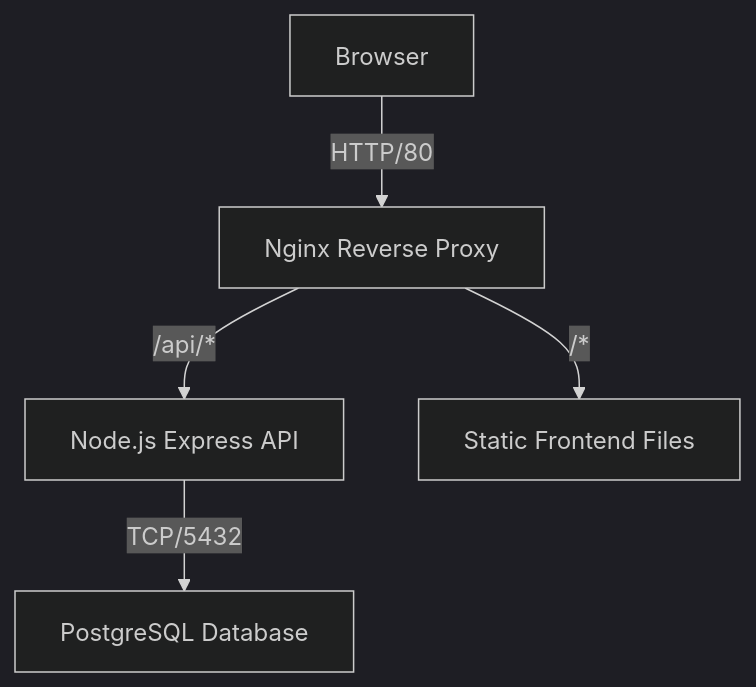
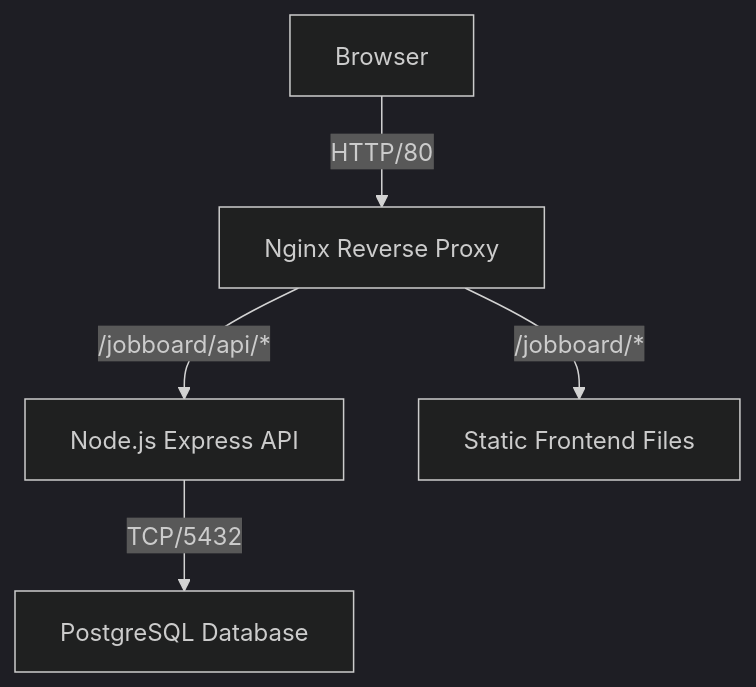
The diagram in DESIGN.md (pachocamacho1990/personal-job-board), drawn with Mermaid (dark theme) before and after one commit. The commit also changed other lines of this file and 4 other files, not shown here.

````diff
--- a/DESIGN.md
+++ b/DESIGN.md
@@ -7,7 +7,7 @@
 ```mermaid
 graph TD
     Client[Browser] -->|HTTP/80| Nginx[Nginx Reverse Proxy]
-    Nginx -->|/api/*| API[Node.js Express API]
-    Nginx -->|/*| Static[Static Frontend Files]
+    Nginx -->|/jobboard/api/*| API[Node.js Express API]
+    Nginx -->|/jobboard/*| Static[Static Frontend Files]
     API -->|TCP/5432| DB[PostgreSQL Database]
 ```
````
